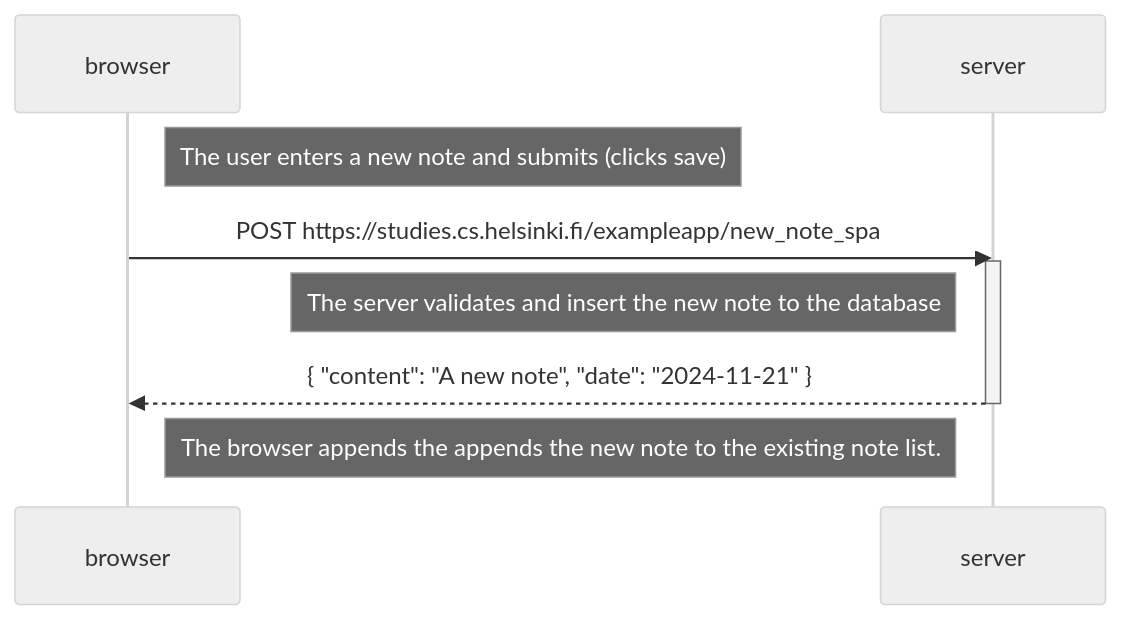
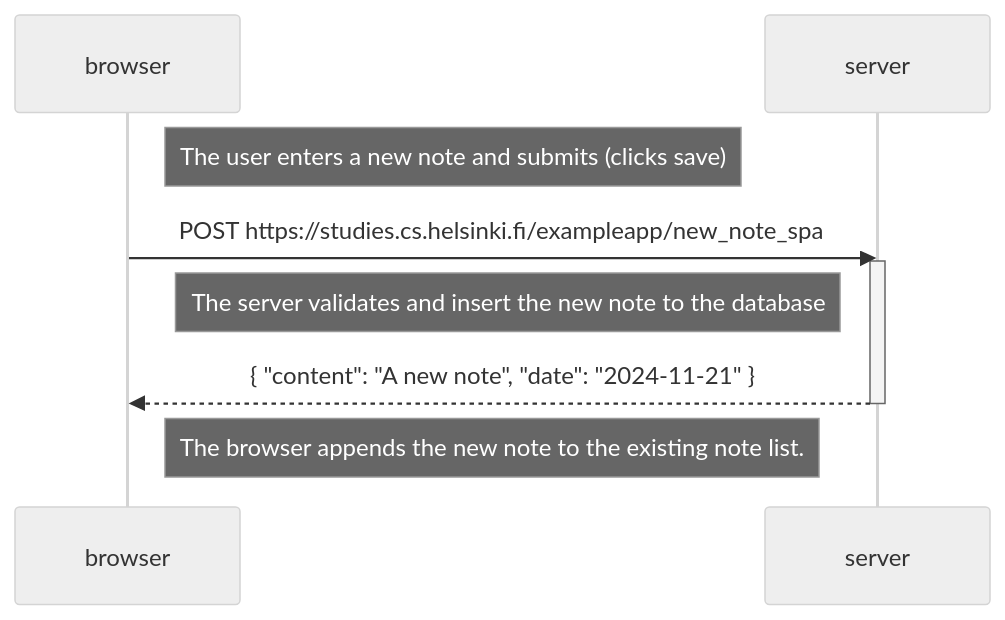
One commit to Victor-esso/fullStackOpen changed the second of 2 diagrams in part0/README.md. Above: the diagram before and after it, drawn with Mermaid (neutral theme).

Commit message:
typo fix

````diff
--- a/part0/README.md
+++ b/part0/README.md
@@ -37,15 +37,15 @@
 ```mermaid
 sequenceDiagram
     participant browser
     participant server
 
     Note right of browser: The user enters a new note and submits (clicks save)
 
     browser->>server: POST https://studies.cs.helsinki.fi/exampleapp/new_note_spa
     activate server
     Note left of server: The server validates and insert the new note to the database
     server-->>browser: { "content": "A new note", "date": "2024-11-21" }
     deactivate server
 
-    Note right of browser: The browser appends the appends the new note to the existing note list.
+    Note right of browser: The browser appends the new note to the existing note list.
 ```
````
